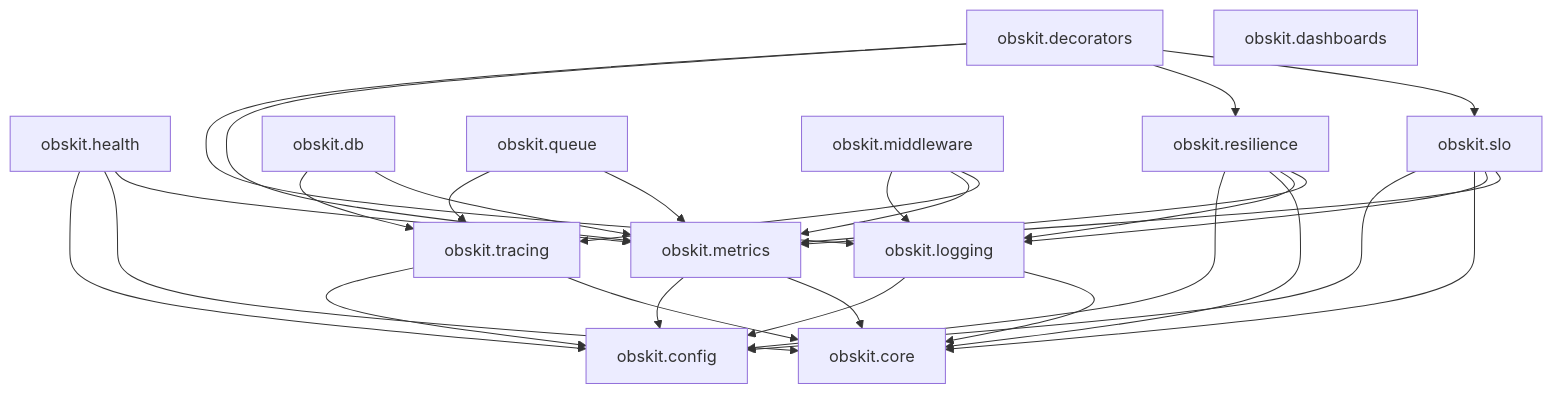
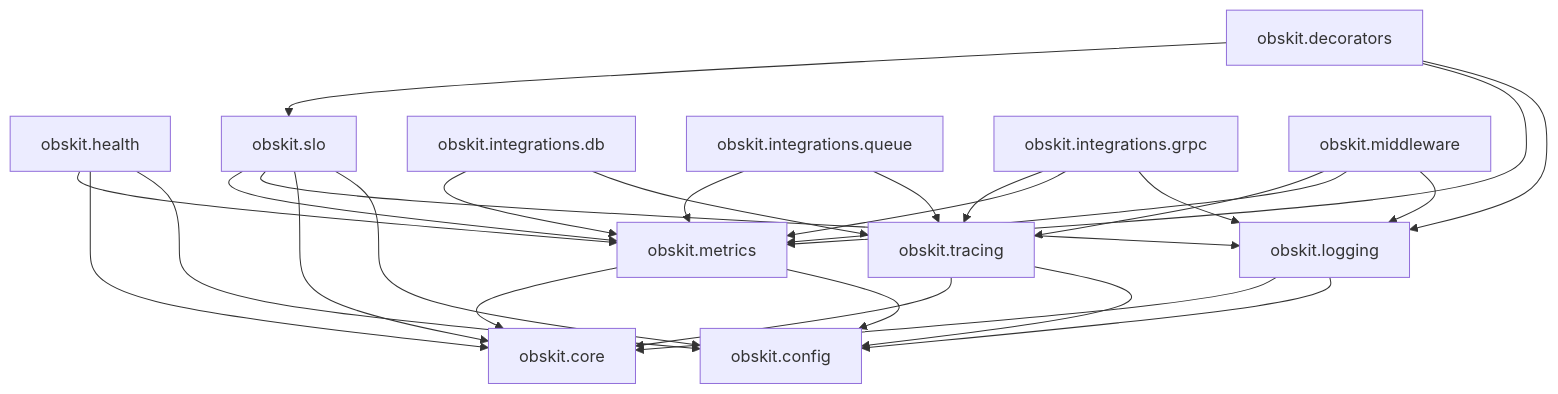
One commit to talaatmagdyx/obskit changed the second of 6 diagrams in docs/architecture/overview.md. Above: the diagram before and after it, drawn with Mermaid. The commit also changed other lines of this file and 350 other files, not shown here.

````diff
--- a/docs/architecture/overview.md
+++ b/docs/architecture/overview.md
@@ -90,27 +95,26 @@
 ```mermaid
 graph TD
     config[obskit.config]
     core[obskit.core]
     logging[obskit.logging]
     metrics[obskit.metrics]
     tracing[obskit.tracing]
     health[obskit.health]
-    resilience[obskit.resilience]
     slo[obskit.slo]
     decorators[obskit.decorators]
-    db[obskit.db]
-    queue[obskit.queue]
-    dashboards[obskit.dashboards]
+    db[obskit.integrations.db]
+    queue[obskit.integrations.queue]
+    grpc[obskit.integrations.grpc]
     mw[obskit.middleware]
 
     logging --> config & core
     metrics --> config & core
     tracing --> config & core
     health --> config & core & metrics
-    resilience --> config & core & logging & metrics
     slo --> config & core & logging & metrics
-    decorators --> logging & metrics & resilience & slo
+    decorators --> logging & metrics & slo
     db --> tracing & metrics
     queue --> tracing & metrics
+    grpc --> logging & metrics & tracing
     mw --> logging & metrics & tracing
 ```
````
